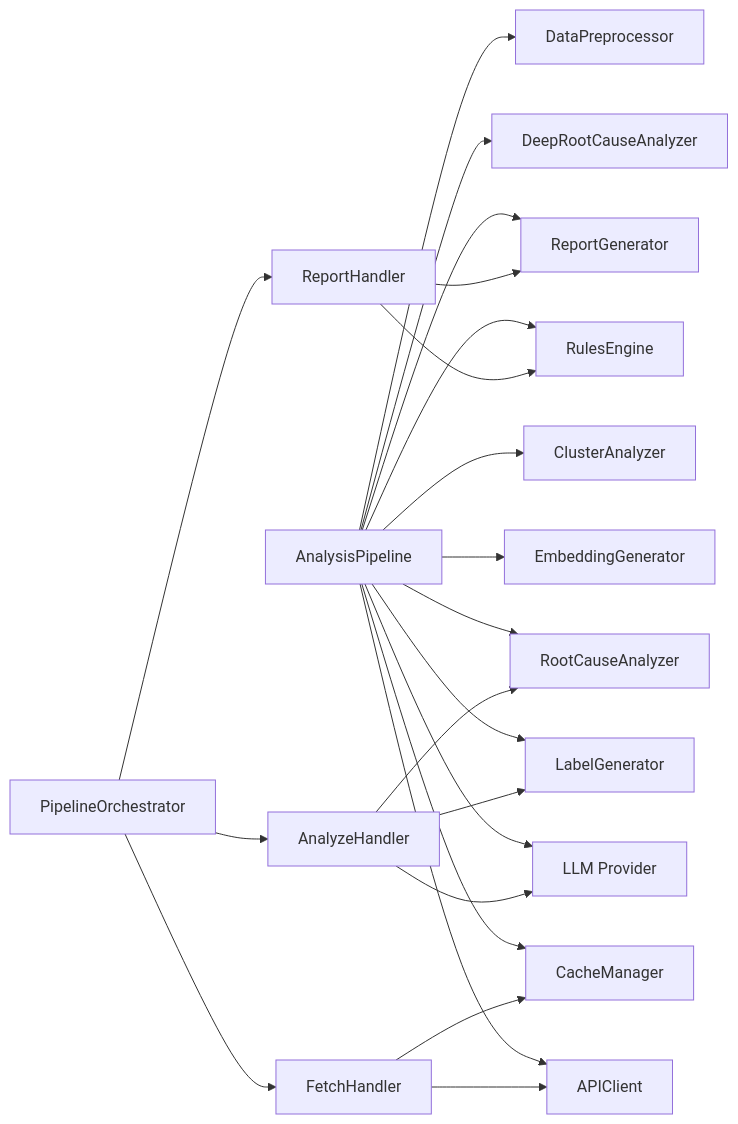
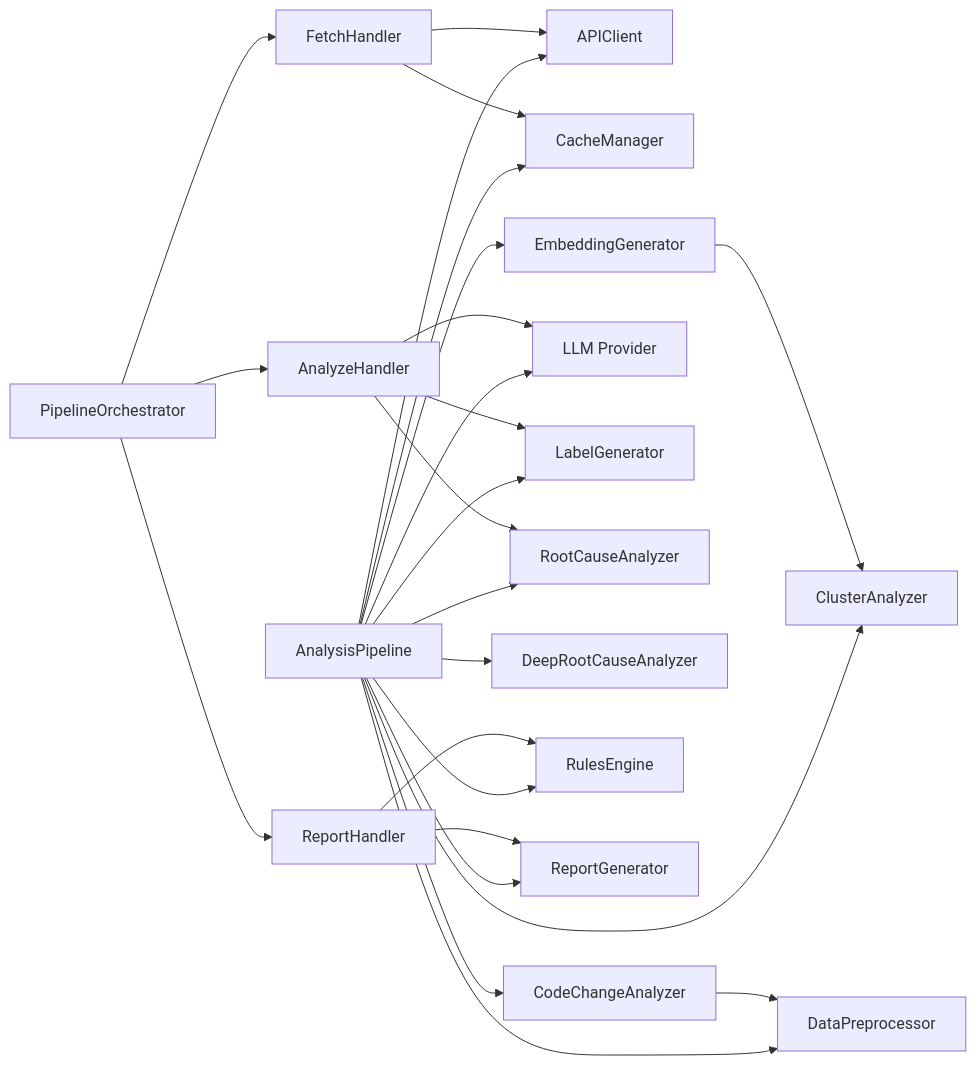
Before and after one commit to boyingliu01/fault-review-analyzer: the eighth of 8 diagrams in .qoder/repowiki/zh/content/核心架构/核心组件/分析流水线编排器.md, drawn with Mermaid. The commit also changed other lines of this file and 125 other files, not shown here.

````diff
--- a/.qoder/repowiki/zh/content/核心架构/核心组件/分析流水线编排器.md
+++ b/.qoder/repowiki/zh/content/核心架构/核心组件/分析流水线编排器.md
@@ -406,24 +581,27 @@
 ```mermaid
 graph LR
 Pipe["AnalysisPipeline"] --> API["APIClient"]
 Pipe --> Cache["CacheManager"]
 Pipe --> Emb["EmbeddingGenerator"]
 Pipe --> Clust["ClusterAnalyzer"]
 Pipe --> LLM["LLM Provider"]
 Pipe --> Label["LabelGenerator"]
 Pipe --> RCA["RootCauseAnalyzer"]
 Pipe --> DeepRCA["DeepRootCauseAnalyzer"]
 Pipe --> Rules["RulesEngine"]
 Pipe --> Report["ReportGenerator"]
 Pipe --> Prep["DataPreprocessor"]
+Pipe --> CodeDiff["CodeChangeAnalyzer"]
 Orchestrator["PipelineOrchestrator"] --> FetchH["FetchHandler"]
 Orchestrator --> AnalyzeH["AnalyzeHandler"]
 Orchestrator --> ReportH["ReportHandler"]
 FetchH --> API
 FetchH --> Cache
 AnalyzeH --> LLM
 AnalyzeH --> Label
 AnalyzeH --> RCA
 ReportH --> Rules
 ReportH --> Report
+CodeDiff --> Prep
+Emb --> Clust
 ```
````
